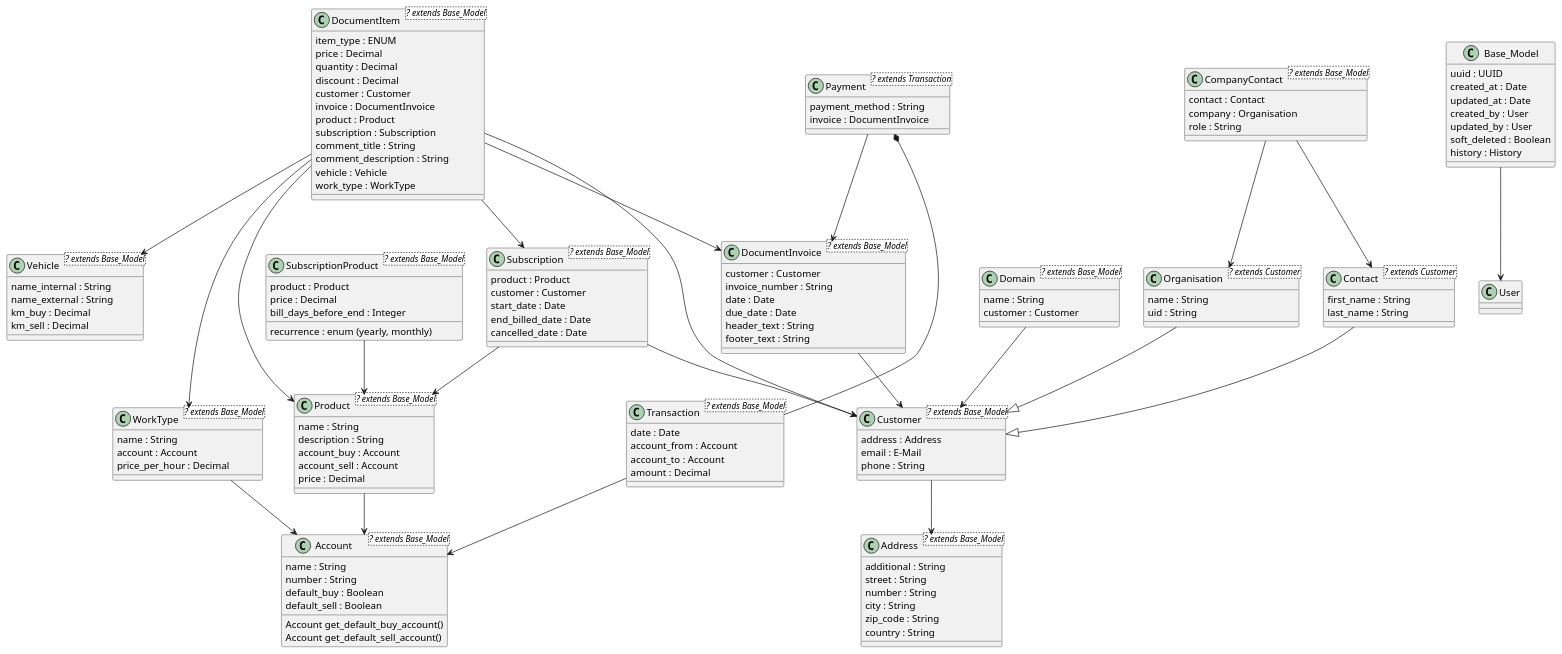
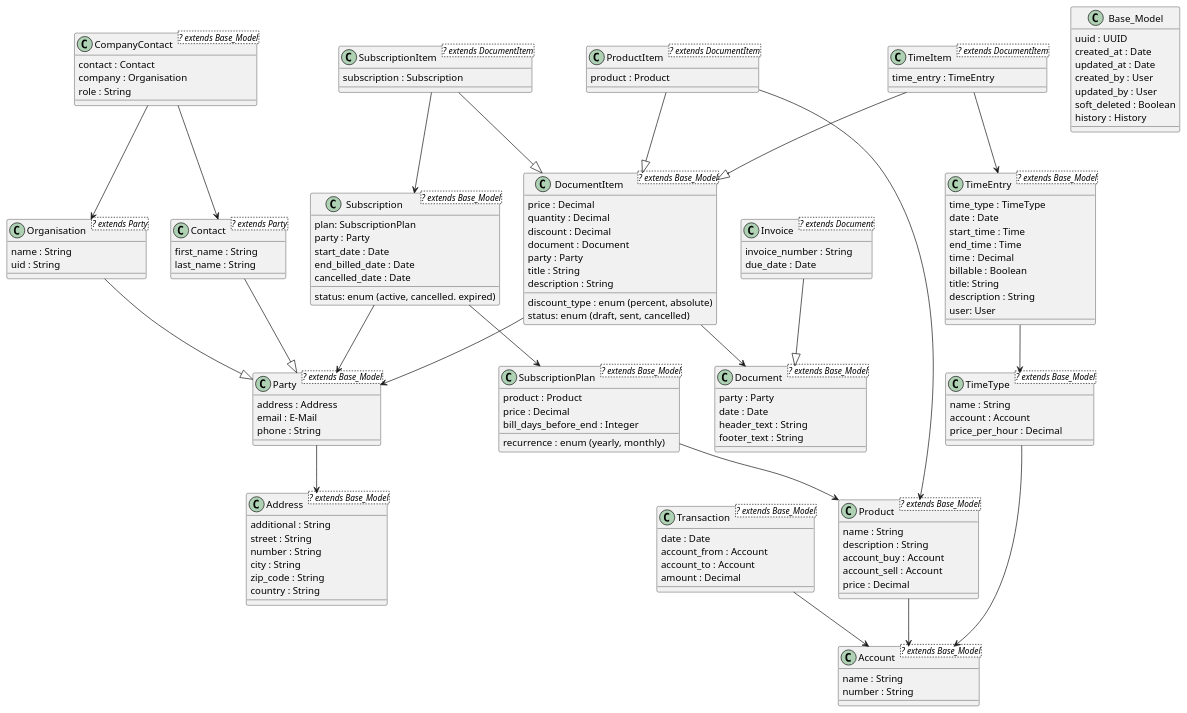
One commit to Buffet-IT-Services/CycleInvoice changed the diagram in docs/class_diagram.md. Above: the diagram before and after it, drawn with PlantUML. The commit also changed 181 other files, not shown here.

````diff
--- a/docs/class_diagram.md
+++ b/docs/class_diagram.md
@@ -1,14 +1,5 @@
 ```plantuml
 @startuml
-class Account <? extends Base_Model> {
-name : String
-number : String
-default_buy : Boolean
-default_sell : Boolean
-Account get_default_buy_account()
-Account get_default_sell_account()
-}
-
 class Address <? extends Base_Model> {
 additional : String
 street : String
@@ -17,6 +8,27 @@
 zip_code : String
 country : String
 }
+
+class CompanyContact <? extends Base_Model> {
+contact : Contact
+company : Organisation
+role : String
+}
+CompanyContact --> Contact
+CompanyContact --> Organisation
+
+class Contact <? extends Party> {
+first_name : String
+last_name : String
+}
+Contact --|> Party
+
+class Party <? extends Base_Model> {
+address : Address
+email : E-Mail
+phone : String
+}
+Party --> Address
 
 class Base_Model {
 uuid : UUID
@@ -27,78 +39,75 @@
 soft_deleted : Boolean
 history : History
 }
-Base_Model --> User
 
-class CompanyContact <? extends Base_Model> {
-contact : Contact
-company : Organisation
-role : String
+class Organisation <? extends Party> {
+name : String
+uid : String
 }
-CompanyContact --> Contact
-CompanyContact --> Organisation
+Organisation --|> Party
 
-class Contact <? extends Customer> {
-first_name : String
-last_name : String
+class Account <? extends Base_Model> {
+name : String
+number : String
 }
-Contact --|> Customer
-
-class Customer <? extends Base_Model> {
-address : Address
-email : E-Mail
-phone : String
-}
-Customer --> Address
 
 class DocumentItem <? extends Base_Model> {
-item_type : ENUM
 price : Decimal
 quantity : Decimal
 discount : Decimal
-customer : Customer
-invoice : DocumentInvoice
+discount_type : enum (percent, absolute)
+document : Document
+party : Party
+title : String
+description : String
+status: enum (draft, sent, cancelled)
+}
+DocumentItem --> Party
+DocumentItem --> Document
+
+class SubscriptionItem <? extends DocumentItem> {
+subscription : Subscription
+}
+SubscriptionItem --|> DocumentItem
+SubscriptionItem --> Subscription
+
+class ProductItem <? extends DocumentItem> {
 product : Product
-subscription : Subscription
-comment_title : String
-comment_description : String
-vehicle : Vehicle
-work_type : WorkType
 }
-DocumentItem --> Customer
-DocumentItem --> DocumentInvoice
-DocumentItem --> Product
-DocumentItem --> Subscription
-DocumentItem --> Vehicle
-DocumentItem --> WorkType
+ProductItem --|> DocumentItem
+ProductItem --> Product
 
-class DocumentInvoice <? extends Base_Model> {
-customer : Customer
+class TimeItem <? extends DocumentItem> {
+    time_entry : TimeEntry
+}
+TimeItem --> TimeEntry
+TimeItem --|> DocumentItem
+
+class TimeEntry <? extends Base_Model> {
+    time_type : TimeType
+    date : Date
+    start_time : Time
+    end_time : Time
+    time : Decimal
+    billable : Boolean
+    title: String
+    description : String
+    user: User
+}
+TimeEntry -> TimeType
+
+class Document <? extends Base_Model> {
+    party : Party
+    date : Date
+    header_text : String
+    footer_text : String
+}
+
+class Invoice <? extends Document> {
 invoice_number : String
-date : Date
 due_date : Date
-header_text : String
-footer_text : String
 }
-DocumentInvoice --> Customer
-
-class Domain <? extends Base_Model> {
-name : String
-customer : Customer
-}
-Domain --> Customer
-
-class Organisation <? extends Customer> {
-name : String
-uid : String
-}
-Organisation --|> Customer
-
-class Payment <? extends Transaction> {
-payment_method : String
-invoice : DocumentInvoice
-}
-Payment *- Transaction
-Payment --> DocumentInvoice
+Invoice --|> Document
 
 class Product <? extends Base_Model> {
 name : String
@@ -110,22 +119,23 @@
 Product --> Account
 
 class Subscription <? extends Base_Model> {
-product : Product
-customer : Customer
+plan: SubscriptionPlan
+party : Party
 start_date : Date
 end_billed_date : Date
 cancelled_date : Date
+status: enum (active, cancelled. expired)
 }
-Subscription --> Product
-Subscription --> Customer
+Subscription --> SubscriptionPlan
+Subscription --> Party
 
-class SubscriptionProduct <? extends Base_Model> {
+class SubscriptionPlan <? extends Base_Model> {
 product : Product
 price : Decimal
 recurrence : enum (yearly, monthly)
 bill_days_before_end : Integer
 }
-SubscriptionProduct --> Product
+SubscriptionPlan --> Product
 
 class Transaction <? extends Base_Model> {
 date : Date
@@ -135,18 +145,11 @@
 }
 Transaction --> Account
 
-class Vehicle <? extends Base_Model> {
-name_internal : String
-name_external : String
-km_buy : Decimal
-km_sell : Decimal
-}
-
-class WorkType <? extends Base_Model> {
+class TimeType <? extends Base_Model> {
 name : String
 account : Account
 price_per_hour : Decimal
 }
-WorkType --> Account
+TimeType --> Account
 @enduml
 ```
````
